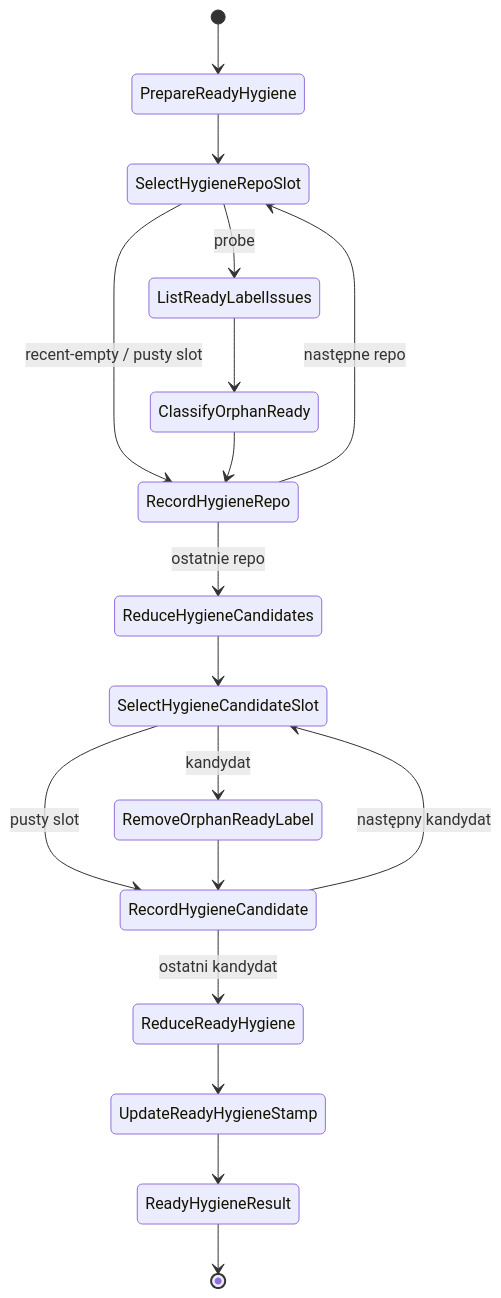
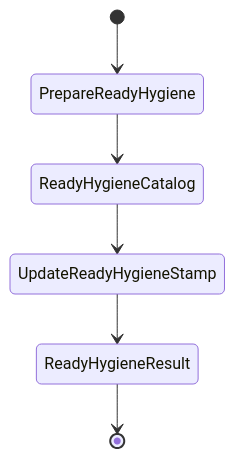
One commit to mikolaj92/lokay changed diagram 23 of 39 in README.md. Above: the diagram before and after it, drawn with Mermaid. The commit also changed other lines of this file and 18 other files, not shown here.

````diff
--- a/README.md
+++ b/README.md
@@ -709,20 +711,8 @@
 ```mermaid
 stateDiagram-v2
     [*] --> PrepareReadyHygiene
-    PrepareReadyHygiene --> SelectHygieneRepoSlot
-    SelectHygieneRepoSlot --> ListReadyLabelIssues: probe
-    SelectHygieneRepoSlot --> RecordHygieneRepo: recent-empty / pusty slot
-    ListReadyLabelIssues --> ClassifyOrphanReady
-    ClassifyOrphanReady --> RecordHygieneRepo
-    RecordHygieneRepo --> SelectHygieneRepoSlot: następne repo
-    RecordHygieneRepo --> ReduceHygieneCandidates: ostatnie repo
-    ReduceHygieneCandidates --> SelectHygieneCandidateSlot
-    SelectHygieneCandidateSlot --> RemoveOrphanReadyLabel: kandydat
-    SelectHygieneCandidateSlot --> RecordHygieneCandidate: pusty slot
-    RemoveOrphanReadyLabel --> RecordHygieneCandidate
-    RecordHygieneCandidate --> SelectHygieneCandidateSlot: następny kandydat
-    RecordHygieneCandidate --> ReduceReadyHygiene: ostatni kandydat
-    ReduceReadyHygiene --> UpdateReadyHygieneStamp
+    PrepareReadyHygiene --> ReadyHygieneCatalog
+    ReadyHygieneCatalog --> UpdateReadyHygieneStamp
     UpdateReadyHygieneStamp --> ReadyHygieneResult
     ReadyHygieneResult --> [*]
 ```
````
